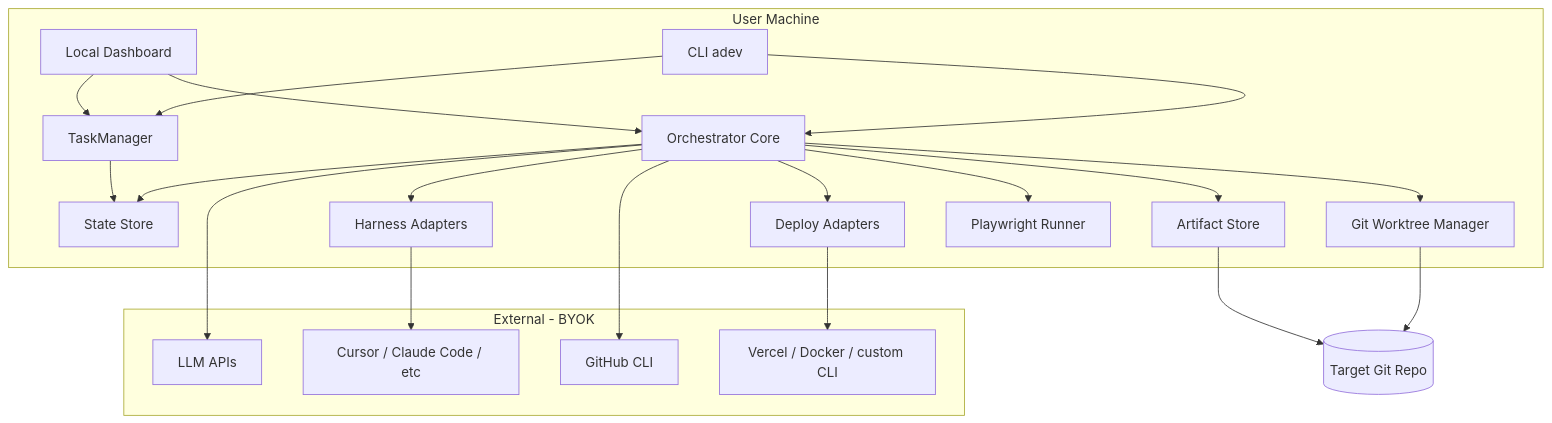
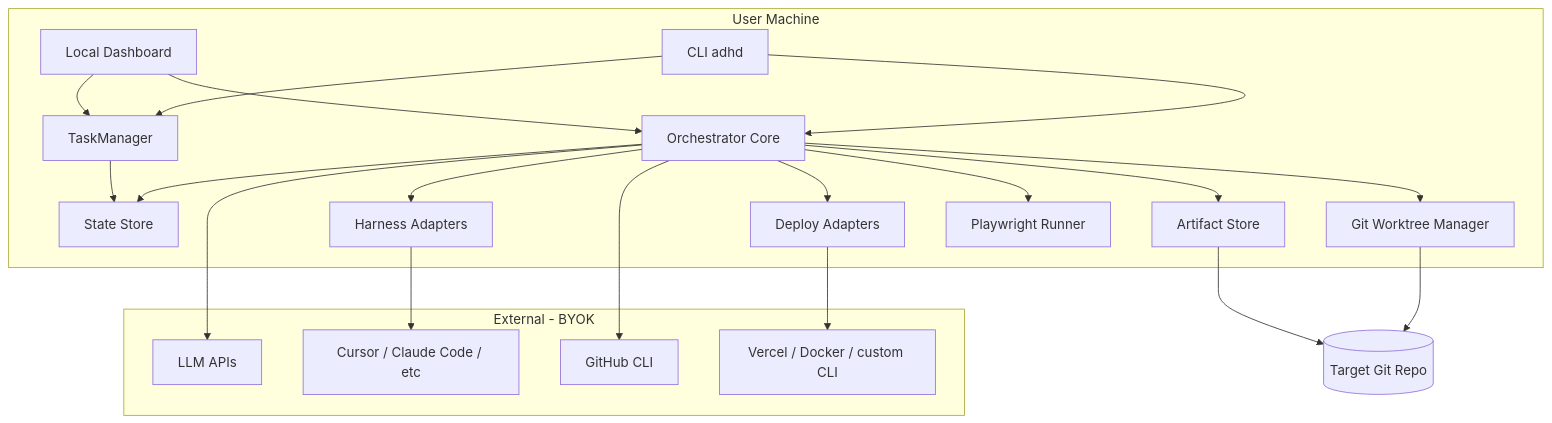
One commit to smekai/isotopy changed the first of 4 diagrams in docs/technical-architecture.md. Above: the diagram before and after it, drawn with Mermaid. The commit also changed other lines of this file and 31 other files, not shown here.

````diff
--- a/docs/technical-architecture.md
+++ b/docs/technical-architecture.md
@@ -10,41 +10,41 @@
 ```mermaid
 flowchart TB
     subgraph userMachine [User Machine]
-        CLI[CLI adev]
+        CLI[CLI adhd]
         UI[Local Dashboard]
         Orch[Orchestrator Core]
         TaskMgr[TaskManager]
         State[State Store]
         Artifacts[Artifact Store]
         WT[Git Worktree Manager]
         Adapters[Harness Adapters]
         DeployAdapters[Deploy Adapters]
         E2E[Playwright Runner]
 
         CLI --> Orch
         CLI --> TaskMgr
         UI --> Orch
         UI --> TaskMgr
         Orch --> State
         Orch --> Artifacts
         Orch --> WT
         Orch --> Adapters
         Orch --> DeployAdapters
         Orch --> E2E
         TaskMgr --> State
     end
 
     subgraph external [External - BYOK]
         LLM[LLM APIs]
         Harness[Cursor / Claude Code / etc]
         GH[GitHub CLI]
         Platforms[Vercel / Docker / custom CLI]
     end
 
     Adapters --> Harness
     DeployAdapters --> Platforms
     Orch --> LLM
     Orch --> GH
     WT --> Repo[(Target Git Repo)]
     Artifacts --> Repo
 ```
````
